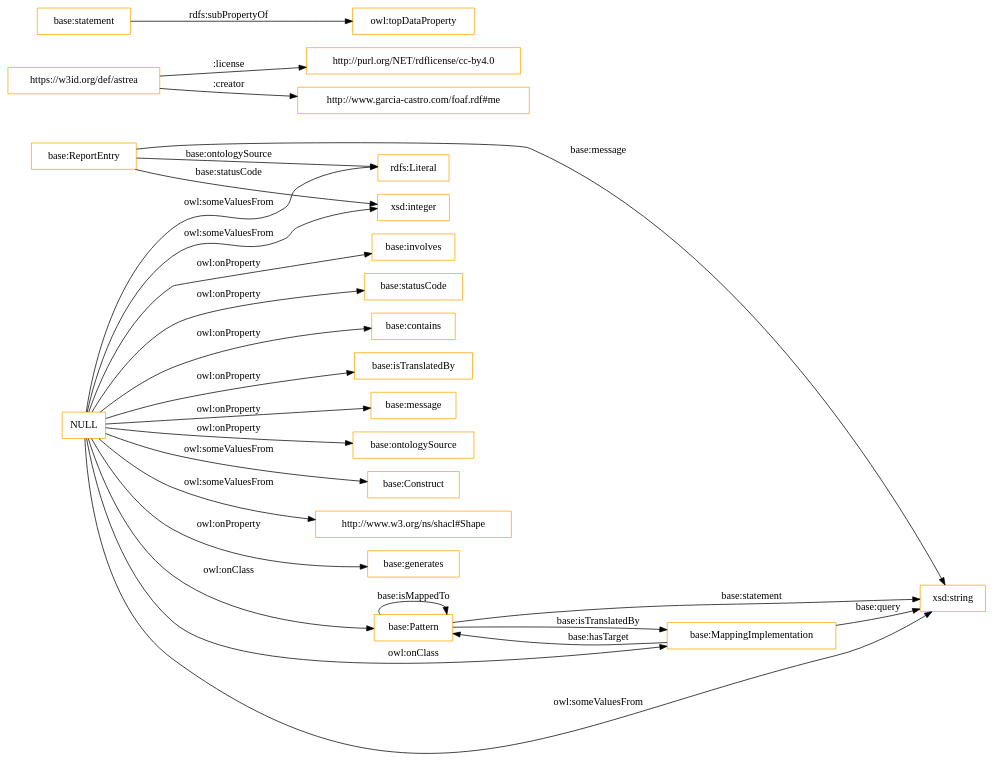
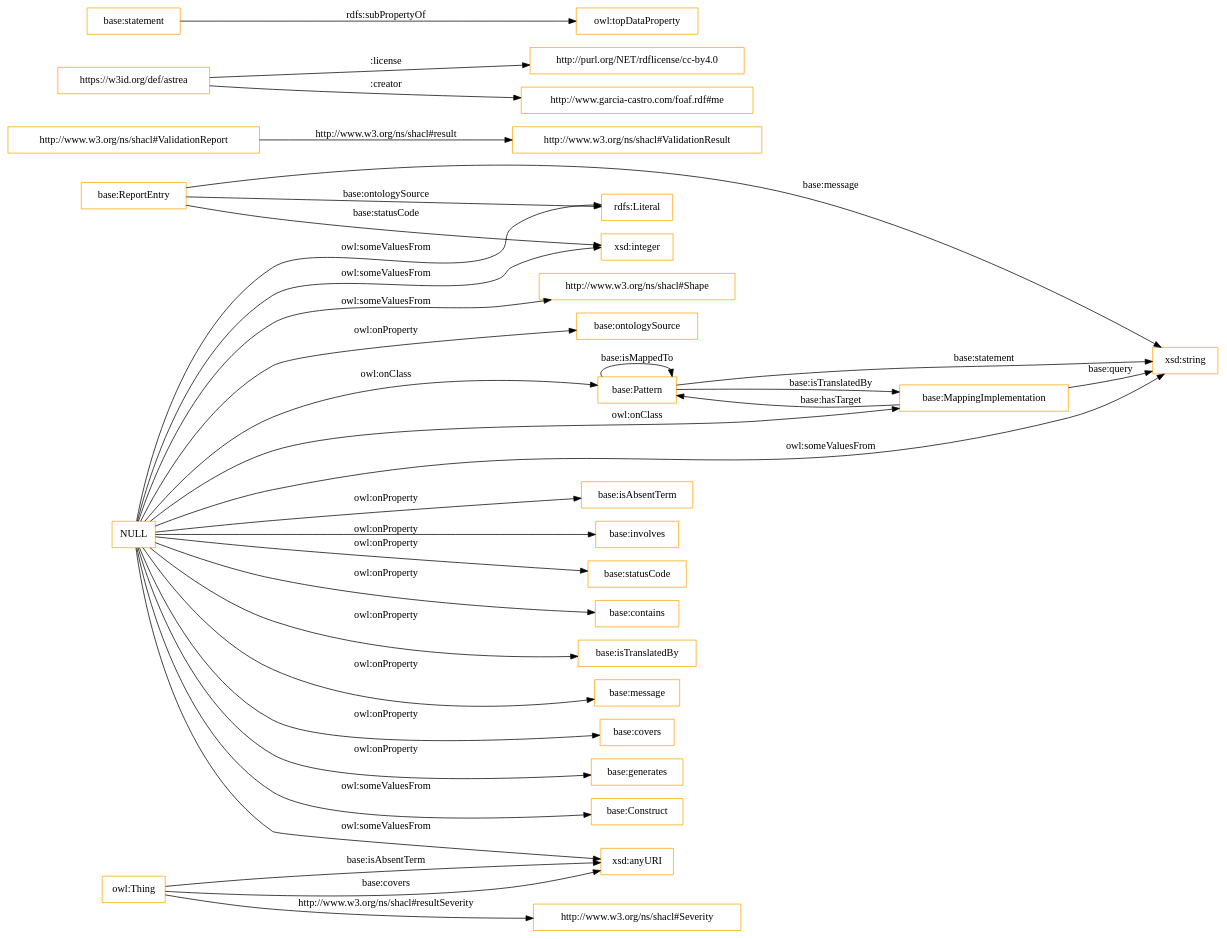
One commit to albaizq/astrea-ontology changed the diagram in OnToology/ontology.ttl/diagrams/ar2dtool-class/ontology.ttl.png.dot. Above: the diagram before and after it, drawn with Graphviz. The commit also changed 12 other files, not shown here.

```diff
--- a/OnToology/ontology.ttl/diagrams/ar2dtool-class/ontology.ttl.png.dot
+++ b/OnToology/ontology.ttl/diagrams/ar2dtool-class/ontology.ttl.png.dot
@@ -1,31 +1,38 @@
 digraph ar2dtool_diagram { 
 rankdir=LR;
 size="1501"
-node [shape = rectangle, color="orange"]; "base:ReportEntry" "base:Construct" "http://www.w3.org/ns/shacl#Shape" "base:Pattern" "base:MappingImplementation" ; /*classes style*/
+node [shape = rectangle, color="orange"]; "base:ReportEntry" "http://www.w3.org/ns/shacl#Severity" "base:Construct" "http://www.w3.org/ns/shacl#Shape" "http://www.w3.org/ns/shacl#ValidationReport" "base:Pattern" "http://www.w3.org/ns/shacl#ValidationResult" "base:MappingImplementation" ; /*classes style*/
 	"https://w3id.org/def/astrea" -> "http://purl.org/NET/rdflicense/cc-by4.0" [ label = ":license" ];
 	"https://w3id.org/def/astrea" -> "http://www.garcia-castro.com/foaf.rdf#me" [ label = ":creator" ];
 	"base:statement" -> "owl:topDataProperty" [ label = "rdfs:subPropertyOf" ];
 	"NULL" -> "xsd:integer" [ label = "owl:someValuesFrom" ];
 	"NULL" -> "xsd:string" [ label = "owl:someValuesFrom" ];
 	"NULL" -> "base:Construct" [ label = "owl:someValuesFrom" ];
+	"NULL" -> "base:isAbsentTerm" [ label = "owl:onProperty" ];
 	"NULL" -> "base:involves" [ label = "owl:onProperty" ];
+	"NULL" -> "xsd:anyURI" [ label = "owl:someValuesFrom" ];
 	"NULL" -> "base:statusCode" [ label = "owl:onProperty" ];
 	"NULL" -> "base:contains" [ label = "owl:onProperty" ];
 	"NULL" -> "base:Pattern" [ label = "owl:onClass" ];
+	"NULL" -> "http://www.w3.org/ns/shacl#Shape" [ label = "owl:someValuesFrom" ];
 	"NULL" -> "base:isTranslatedBy" [ label = "owl:onProperty" ];
-	"NULL" -> "http://www.w3.org/ns/shacl#Shape" [ label = "owl:someValuesFrom" ];
 	"NULL" -> "base:message" [ label = "owl:onProperty" ];
 	"NULL" -> "rdfs:Literal" [ label = "owl:someValuesFrom" ];
 	"NULL" -> "base:generates" [ label = "owl:onProperty" ];
 	"NULL" -> "base:ontologySource" [ label = "owl:onProperty" ];
 	"NULL" -> "base:MappingImplementation" [ label = "owl:onClass" ];
+	"NULL" -> "base:covers" [ label = "owl:onProperty" ];
+	"owl:Thing" -> "xsd:anyURI" [ label = "base:covers" ];
 	"base:ReportEntry" -> "xsd:integer" [ label = "base:statusCode" ];
 	"base:Pattern" -> "xsd:string" [ label = "base:statement" ];
 	"base:ReportEntry" -> "xsd:string" [ label = "base:message" ];
 	"base:ReportEntry" -> "rdfs:Literal" [ label = "base:ontologySource" ];
 	"base:Pattern" -> "base:Pattern" [ label = "base:isMappedTo" ];
+	"owl:Thing" -> "http://www.w3.org/ns/shacl#Severity" [ label = "http://www.w3.org/ns/shacl#resultSeverity" ];
+	"owl:Thing" -> "xsd:anyURI" [ label = "base:isAbsentTerm" ];
+	"http://www.w3.org/ns/shacl#ValidationReport" -> "http://www.w3.org/ns/shacl#ValidationResult" [ label = "http://www.w3.org/ns/shacl#result" ];
 	"base:Pattern" -> "base:MappingImplementation" [ label = "base:isTranslatedBy" ];
 	"base:MappingImplementation" -> "xsd:string" [ label = "base:query" ];
 	"base:MappingImplementation" -> "base:Pattern" [ label = "base:hasTarget" ];
 
 }
```
